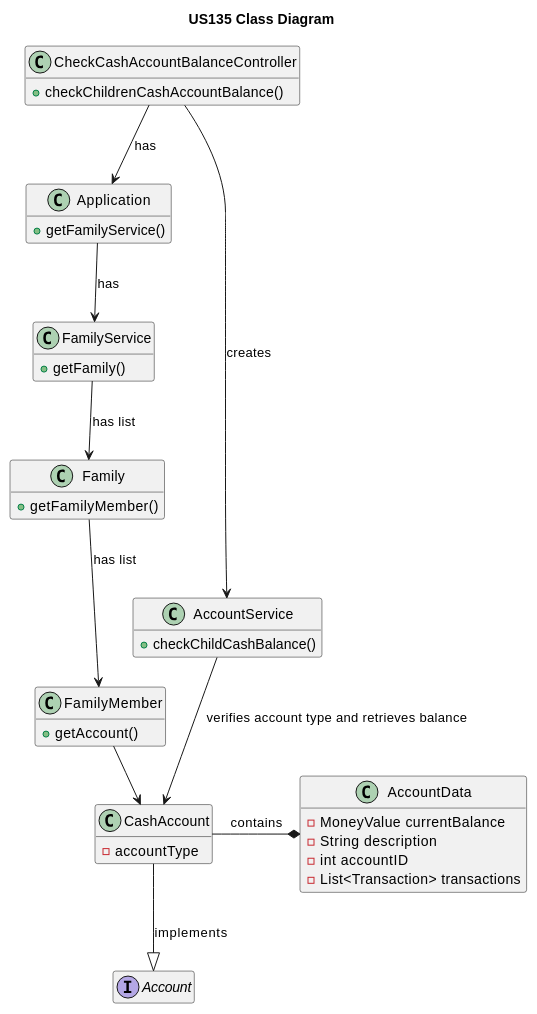
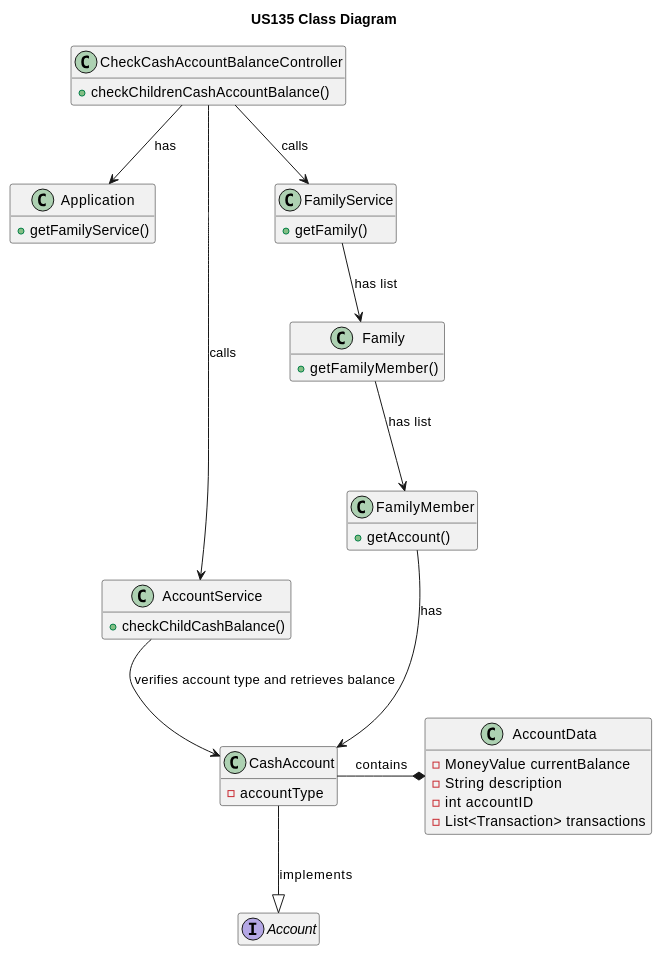
The seventh of 7 diagrams in docs/sprint2/user_stories/US135_CheckFamilyOrFamilyMemberCashAccountBalance.md (tomas-osswald/switch_2020_g3), drawn with PlantUML before and after one commit. The commit also changed other lines of this file and 2 other files, not shown here.

````diff
--- a/docs/sprint2/user_stories/US135_CheckFamilyOrFamilyMemberCashAccountBalance.md
+++ b/docs/sprint2/user_stories/US135_CheckFamilyOrFamilyMemberCashAccountBalance.md
@@ -371,55 +400,55 @@
 ```puml
 
 title US135 Class Diagram
 hide empty members
 
 class CheckCashAccountBalanceController {
 + checkChildrenCashAccountBalance()
 }
 
 class Application {
 + getFamilyService()
 }
 
 class CashAccount {
 - accountType
 }
 
 class AccountData {
 - MoneyValue currentBalance
 - String description
 - int accountID
 - List<Transaction> transactions
 }
 
 
 class AccountService {
 + checkChildCashBalance()
 }
 
 class FamilyService {
 + getFamily()
 }
 
 class Family {
 + getFamilyMember()
 }
 
 class FamilyMember {
 + getAccount()
 }
 
 interface Account {}
 
 CheckCashAccountBalanceController --> Application : has
 
-CheckCashAccountBalanceController -----> AccountService : creates
-Application --> FamilyService : has
+CheckCashAccountBalanceController -----> AccountService : calls
+CheckCashAccountBalanceController --> FamilyService : calls
 FamilyService --> Family : has list
 Family --> FamilyMember : has list
 FamilyMember -> CashAccount : has
 CashAccount --|> Account : implements
 CashAccount -* AccountData : contains
 
 AccountService --> CashAccount : verifies account type and retrieves balance
 ```
````
